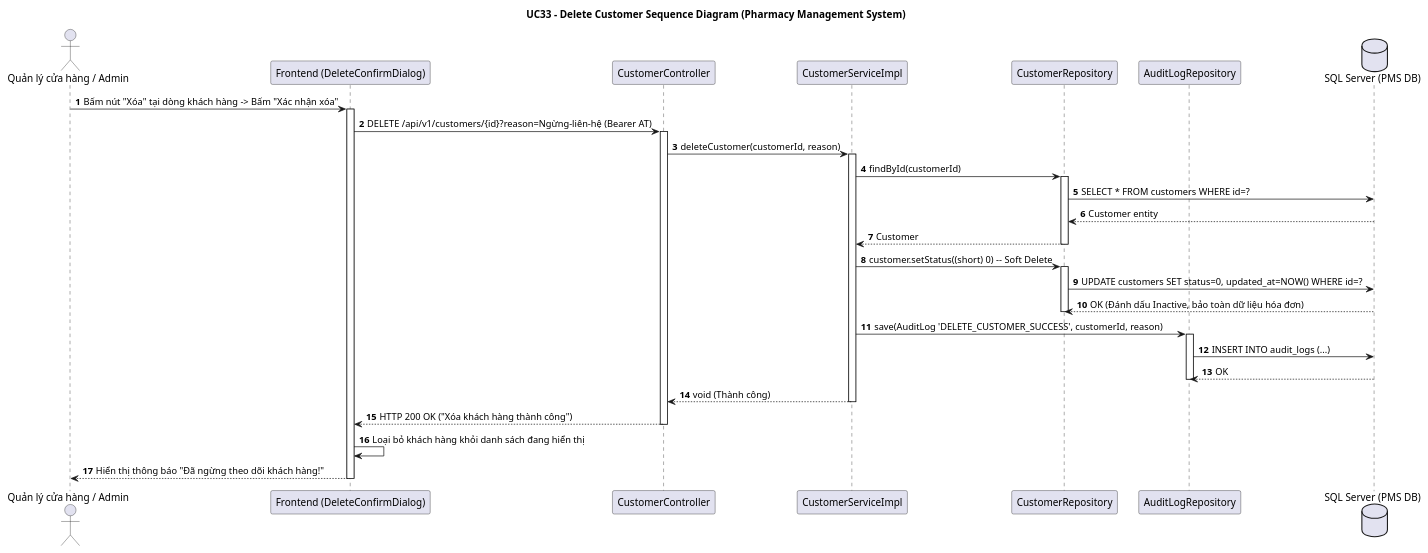
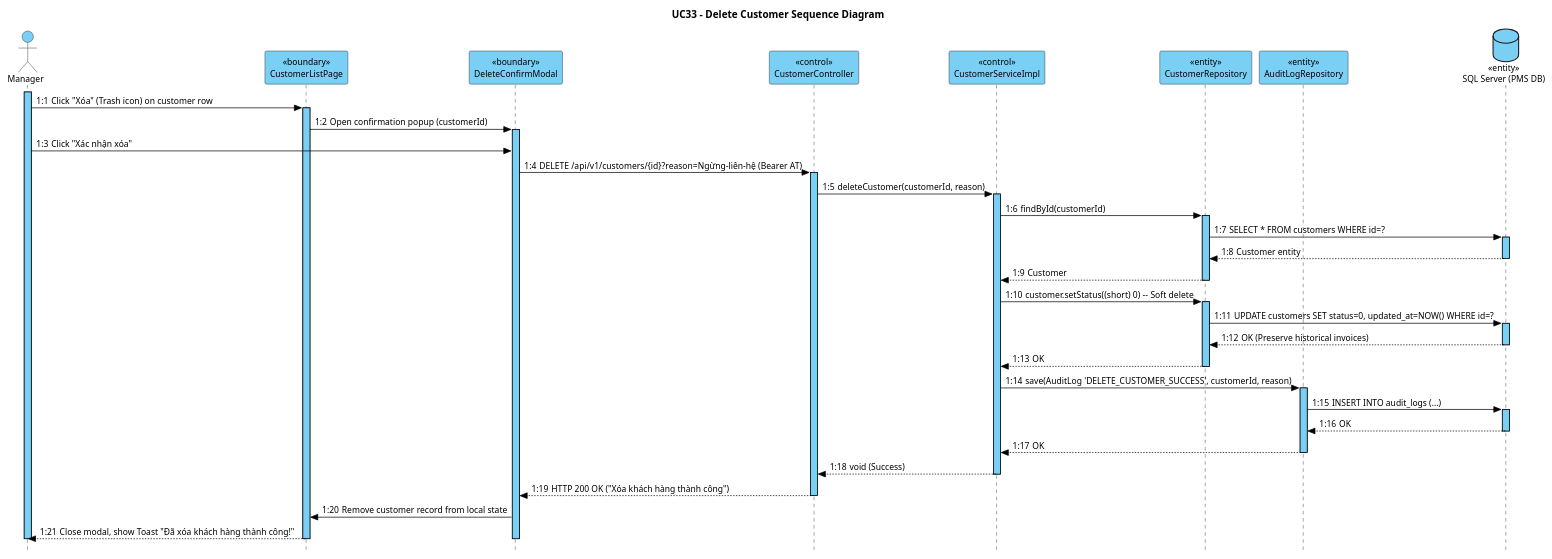
One commit to TuanNam1121/PharmacyManagementSystem changed the diagram in TaiLieu_SRS_SDS/SDS/SequenceDiagrams/02_Customer_Management/SQ10_Delete_Customer.puml. Above: the diagram before and after it, drawn with PlantUML. The commit also changed 32 other files, not shown here.

Commit message:
docs: standardize all 16 sequence diagrams to Visual Paradigm style (#7ACFF5, stereotypes, lifelines)

```diff
--- a/TaiLieu_SRS_SDS/SDS/SequenceDiagrams/02_Customer_Management/SQ10_Delete_Customer.puml
+++ b/TaiLieu_SRS_SDS/SDS/SequenceDiagrams/02_Customer_Management/SQ10_Delete_Customer.puml
@@ -1,49 +1,85 @@
 @startuml SQ10_Delete_Customer
-title UC33 - Delete Customer Sequence Diagram (Pharmacy Management System)
-autonumber
-skinparam BoxPadding 10
-skinparam ParticipantPadding 10
+title UC33 - Delete Customer Sequence Diagram
+autonumber "1:"
+skinparam style strictuml
+skinparam sequenceMessageAlign left
+skinparam defaultFontName Arial
+skinparam defaultFontSize 12
 
-actor User as "Quản lý cửa hàng / Admin"
-participant FE as "Frontend (DeleteConfirmDialog)"
-participant CC as "CustomerController"
-participant CS as "CustomerServiceImpl"
-participant CR as "CustomerRepository"
-participant ALR as "AuditLogRepository"
-database DB as "SQL Server (PMS DB)"
+skinparam sequence {
+    LifeLineBorderColor #000000
+    LifeLineBackgroundColor #7ACFF5
+    ParticipantBorderColor #000000
+    ParticipantBackgroundColor #7ACFF5
+    ParticipantFontColor #000000
+    ParticipantFontSize 12
+    ActorBorderColor #000000
+    ActorBackgroundColor #7ACFF5
+    ActorFontColor #000000
+    ArrowColor #000000
+    ArrowFontColor #000000
+    GroupBorderColor #000000
+}
 
-User -> FE: Bấm nút "Xóa" tại dòng khách hàng -> Bấm "Xác nhận xóa"
-activate FE
-FE -> CC: DELETE /api/v1/customers/{id}?reason=Ngừng-liên-hệ (Bearer AT)
-activate CC
-CC -> CS: deleteCustomer(customerId, reason)
-activate CS
+actor "Manager" as Manager #7ACFF5
+participant "<<boundary>>\nCustomerListPage" as CustomerListPage #7ACFF5
+participant "<<boundary>>\nDeleteConfirmModal" as DeleteConfirmModal #7ACFF5
+participant "<<control>>\nCustomerController" as CustomerController #7ACFF5
+participant "<<control>>\nCustomerServiceImpl" as CustomerServiceImpl #7ACFF5
+participant "<<entity>>\nCustomerRepository" as CustomerRepository #7ACFF5
+participant "<<entity>>\nAuditLogRepository" as AuditLogRepo #7ACFF5
+database "<<entity>>\nSQL Server (PMS DB)" as DB #7ACFF5
 
-CS -> CR: findById(customerId)
-activate CR
-CR -> DB: SELECT * FROM customers WHERE id=?
-DB --> CR: Customer entity
-CR --> CS: Customer
-deactivate CR
+activate Manager #7ACFF5
+Manager -> CustomerListPage: Click "Xóa" (Trash icon) on customer row
+activate CustomerListPage #7ACFF5
 
-CS -> CR: customer.setStatus((short) 0) -- Soft Delete
-activate CR
-CR -> DB: UPDATE customers SET status=0, updated_at=NOW() WHERE id=?
-DB --> CR: OK (Đánh dấu Inactive, bảo toàn dữ liệu hóa đơn)
-deactivate CR
+CustomerListPage -> DeleteConfirmModal: Open confirmation popup (customerId)
+activate DeleteConfirmModal #7ACFF5
 
-CS -> ALR: save(AuditLog 'DELETE_CUSTOMER_SUCCESS', customerId, reason)
-activate ALR
-ALR -> DB: INSERT INTO audit_logs (...)
-DB --> ALR: OK
-deactivate ALR
+Manager -> DeleteConfirmModal: Click "Xác nhận xóa"
+DeleteConfirmModal -> CustomerController: DELETE /api/v1/customers/{id}?reason=Ngừng-liên-hệ (Bearer AT)
+activate CustomerController #7ACFF5
 
-CS --> CC: void (Thành công)
-deactivate CS
-CC --> FE: HTTP 200 OK ("Xóa khách hàng thành công")
-deactivate CC
+CustomerController -> CustomerServiceImpl: deleteCustomer(customerId, reason)
+activate CustomerServiceImpl #7ACFF5
 
-FE -> FE: Loại bỏ khách hàng khỏi danh sách đang hiển thị
-FE --> User: Hiển thị thông báo "Đã ngừng theo dõi khách hàng!"
-deactivate FE
+CustomerServiceImpl -> CustomerRepository: findById(customerId)
+activate CustomerRepository #7ACFF5
+CustomerRepository -> DB: SELECT * FROM customers WHERE id=?
+activate DB #7ACFF5
+DB --> CustomerRepository: Customer entity
+deactivate DB
+CustomerRepository --> CustomerServiceImpl: Customer
+deactivate CustomerRepository
+
+CustomerServiceImpl -> CustomerRepository: customer.setStatus((short) 0) -- Soft delete
+activate CustomerRepository #7ACFF5
+CustomerRepository -> DB: UPDATE customers SET status=0, updated_at=NOW() WHERE id=?
+activate DB #7ACFF5
+DB --> CustomerRepository: OK (Preserve historical invoices)
+deactivate DB
+CustomerRepository --> CustomerServiceImpl: OK
+deactivate CustomerRepository
+
+CustomerServiceImpl -> AuditLogRepo: save(AuditLog 'DELETE_CUSTOMER_SUCCESS', customerId, reason)
+activate AuditLogRepo #7ACFF5
+AuditLogRepo -> DB: INSERT INTO audit_logs (...)
+activate DB #7ACFF5
+DB --> AuditLogRepo: OK
+deactivate DB
+AuditLogRepo --> CustomerServiceImpl: OK
+deactivate AuditLogRepo
+
+CustomerServiceImpl --> CustomerController: void (Success)
+deactivate CustomerServiceImpl
+
+CustomerController --> DeleteConfirmModal: HTTP 200 OK ("Xóa khách hàng thành công")
+deactivate CustomerController
+
+DeleteConfirmModal -> CustomerListPage: Remove customer record from local state
+CustomerListPage --> Manager: Close modal, show Toast "Đã xóa khách hàng thành công!"
+deactivate DeleteConfirmModal
+deactivate CustomerListPage
+deactivate Manager
 @enduml
```
